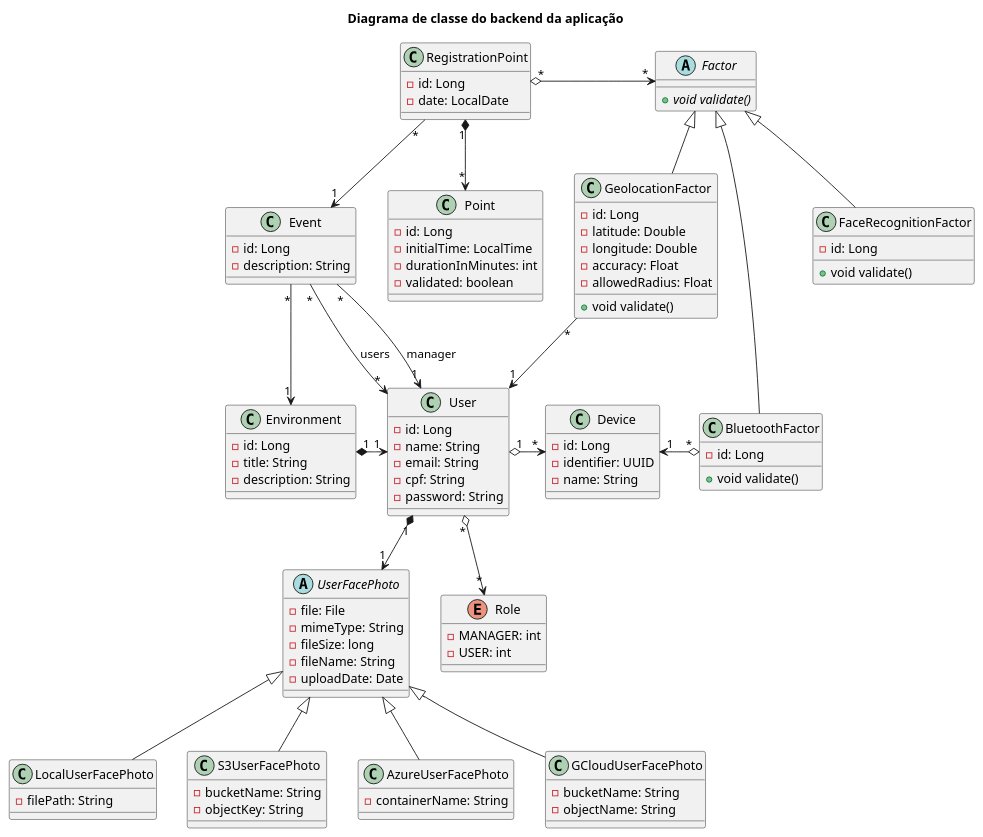
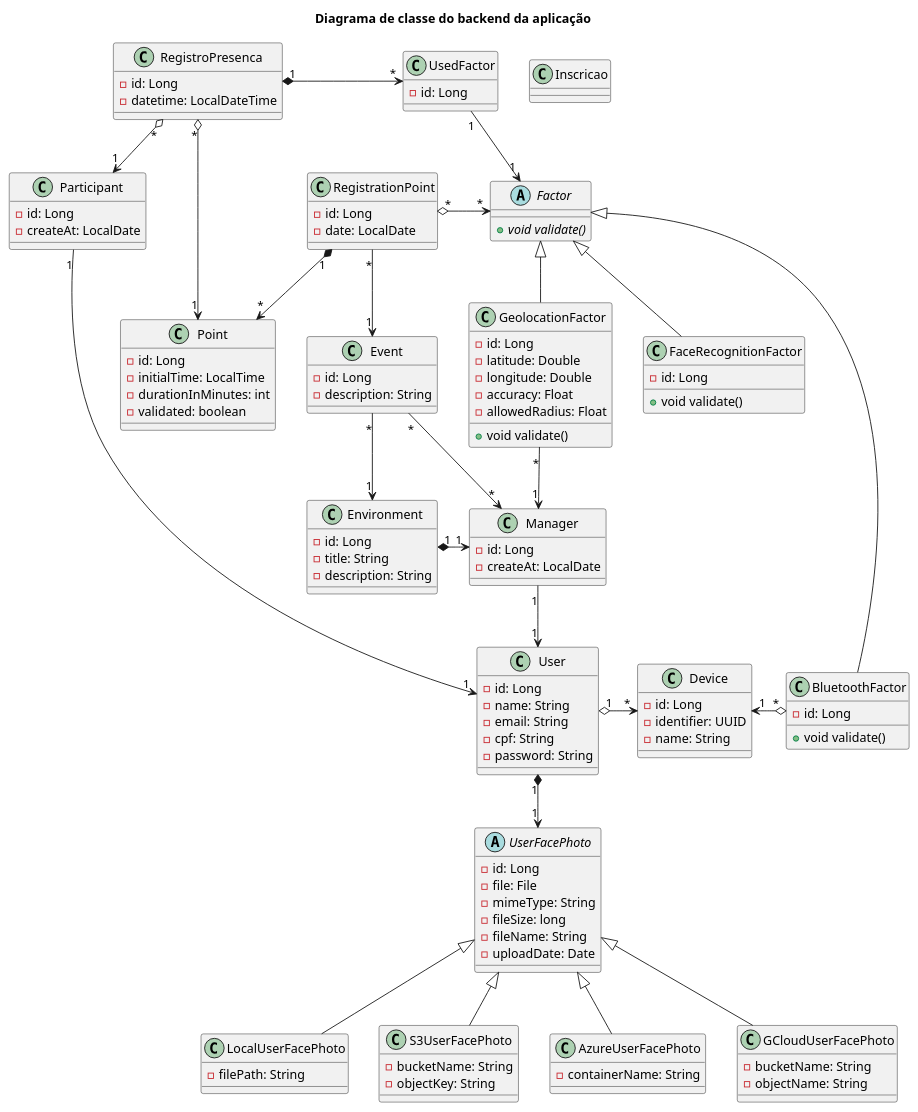
The diagram in backend/diagram-class.plantuml (luan-coelho/faceverify), drawn with PlantUML before and after one commit.

Commit message:
feat/refactor: Modelagem de classe.

```diff
--- a/backend/diagram-class.plantuml
+++ b/backend/diagram-class.plantuml
@@ -1,120 +1,144 @@
 @startuml
 title Diagrama de classe do backend da aplicação
 
 class User {
     - id: Long
     - name: String
     - email: String
     - cpf: String
     - password: String
 }
 
+class Manager {
+    - id: Long
+    - createAt: LocalDate
+}
+
+class Participant {
+    - id: Long
+    - createAt: LocalDate
+}
+
 class Device {
     - id: Long
     - identifier: UUID
     - name: String
 }
 
 abstract class UserFacePhoto {
+    - id: Long
     - file: File
     - mimeType: String
     - fileSize: long
     - fileName: String
     - uploadDate: Date
 }
+
+class UsedFactor {
+     - id: Long
+}
+
+class Inscricao
 
 class LocalUserFacePhoto {
     - filePath: String
 }
 
 class S3UserFacePhoto {
     - bucketName: String
     - objectKey: String
 }
 
 class AzureUserFacePhoto {
     - containerName: String
 }
 
 class GCloudUserFacePhoto {
     - bucketName: String
     - objectName: String
 }
 
-enum Role {
-    - MANAGER: int
-    - USER: int
+class Environment {
+    - id: Long
+    - title: String
+    - description: String
 }
 
 class Event {
     - id: Long
     - description: String
 }
 
 class RegistrationPoint {
     - id: Long
     - date: LocalDate
 }
 
 class Point {
     - id: Long
     - initialTime: LocalTime
     - durationInMinutes: int
     - validated: boolean
 }
 
+class RegistroPresenca {
+    - id: Long
+    - datetime: LocalDateTime
+}
+
 abstract class Factor {
     + void {abstract} validate()
-}
-
-class Environment {
-    - id: Long
-    - title: String
-    - description: String
 }
 
 class FaceRecognitionFactor {
     - id: Long
     + void validate()
 }
 
 class GeolocationFactor {
     - id: Long
     - latitude: Double
     - longitude: Double
     - accuracy: Float
     - allowedRadius: Float
     + void validate()
 }
 
 class BluetoothFactor {
     - id: Long
     + void validate()
 }
 
 RegistrationPoint "*" --> "1" Event
 Event "*" --> "1" Environment
-Environment "1" *-> "1" User
-Event "*" --> "*" User : "users"
-Event "*" --> "1" User : "manager"
+Environment "1" *-> "1" Manager
+Event "*" --> "*" Manager
 
 RegistrationPoint "1" *-down-> "*" Point
 RegistrationPoint "*" o-> "*" Factor
+
+RegistroPresenca "*" o-> "1" Participant
+RegistroPresenca "*" o-> "1" Point
 
 Factor <|-- FaceRecognitionFactor
 Factor <|-- GeolocationFactor
 Factor <|-- BluetoothFactor
 
-GeolocationFactor "*" --> "1" User
+GeolocationFactor "*" --> "1" Manager
 BluetoothFactor "*" o-left-> "1" Device
 
-User "*" o-down-> "*" Role
 User "1" o-> "*" Device
 User "1" *-down-> "1" UserFacePhoto
+
+RegistroPresenca "1" *-> "*" UsedFactor
+UsedFactor "1" --> "1" Factor
+
+Manager "1" --> "1" User
+Participant "1" --> "1" User
 
 UserFacePhoto <|-- LocalUserFacePhoto
 UserFacePhoto <|-- S3UserFacePhoto
 UserFacePhoto <|-- AzureUserFacePhoto
 UserFacePhoto <|-- GCloudUserFacePhoto
 
 @enduml
```
